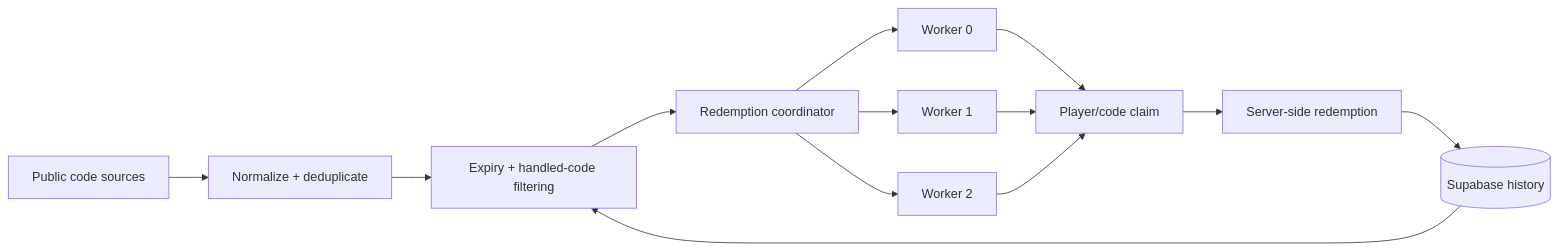
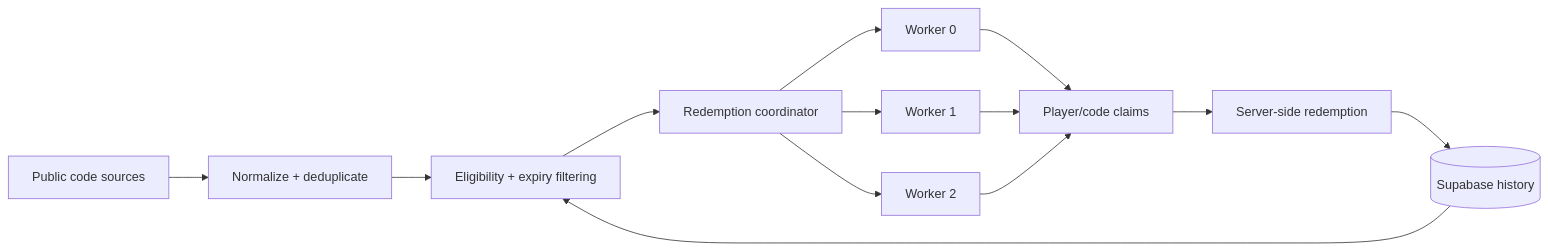
One commit to Judson-web/NexAi-Neo changed the diagram in README.md. Above: the diagram before and after it, drawn with Mermaid. The commit also changed other lines of this file, not shown here.

````diff
--- a/README.md
+++ b/README.md
@@ -38,15 +144,15 @@
 ```mermaid
 flowchart LR
     A[Public code sources] --> B[Normalize + deduplicate]
-    B --> C[Expiry + handled-code filtering]
+    B --> C[Eligibility + expiry filtering]
     C --> D[Redemption coordinator]
     D --> W0[Worker 0]
     D --> W1[Worker 1]
     D --> W2[Worker 2]
-    W0 --> E[Player/code claim]
+    W0 --> E[Player/code claims]
     W1 --> E
     W2 --> E
     E --> F[Server-side redemption]
     F --> G[(Supabase history)]
     G --> C
 ```
````
